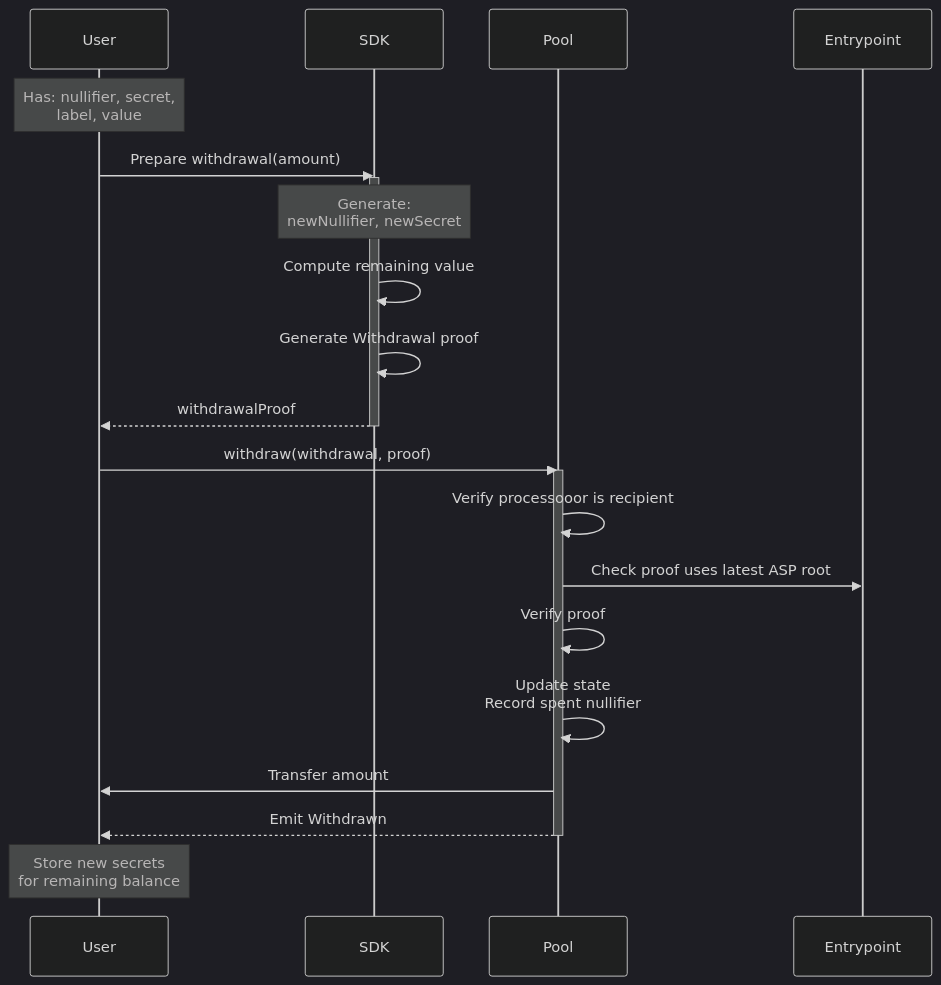
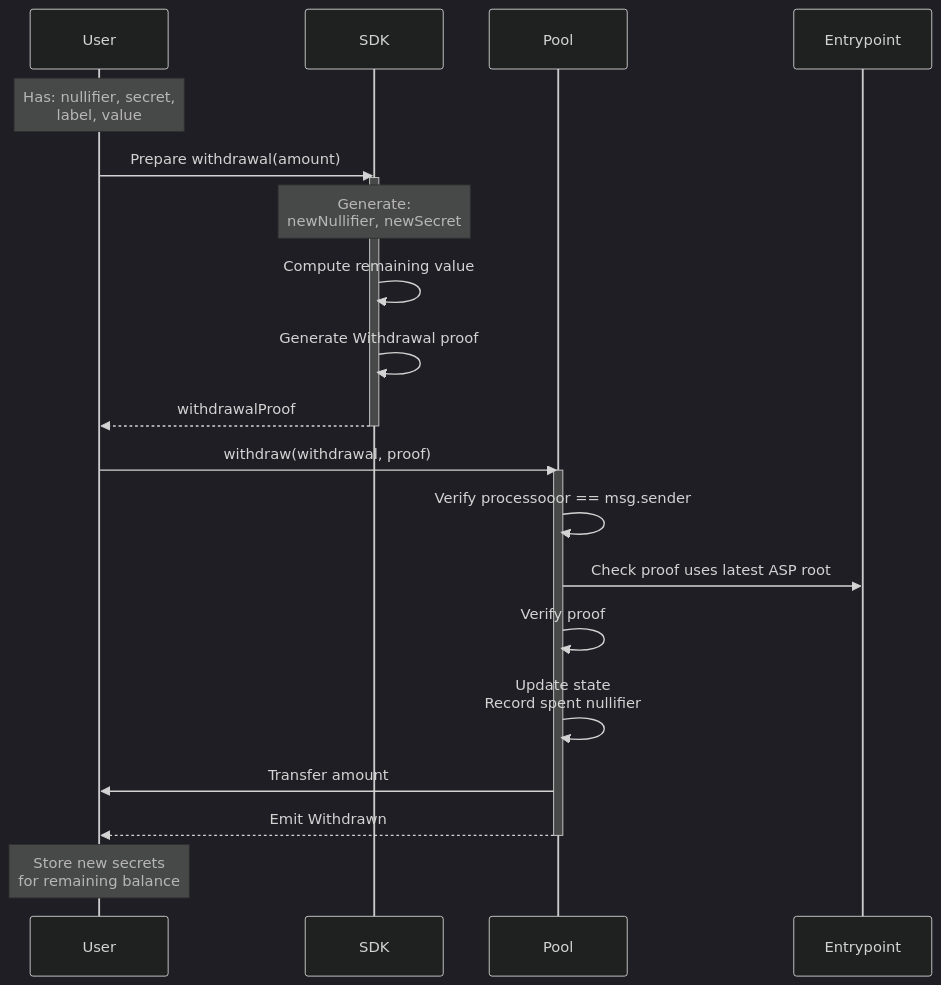
One commit to 0xbow-io/privacy-pools-core changed the first of 2 diagrams in docs/docs/protocol/withdrawal.md. Above: the diagram before and after it, drawn with Mermaid (dark theme). The commit also changed other lines of this file and 6 other files, not shown here.

````diff
--- a/docs/docs/protocol/withdrawal.md
+++ b/docs/docs/protocol/withdrawal.md
@@ -34,34 +34,34 @@
 ```mermaid
 sequenceDiagram
     participant User
     participant SDK
     participant Pool
     participant Entrypoint
 
     Note over User: Has: nullifier, secret,<br/>label, value
     User->>SDK: Prepare withdrawal(amount)
 
     activate SDK
     Note over SDK: Generate:<br/>newNullifier, newSecret
     SDK->>SDK: Compute remaining value
     SDK->>SDK: Generate Withdrawal proof
     SDK-->>User: withdrawalProof
     deactivate SDK
 
     User->>Pool: withdraw(withdrawal, proof)
 
     activate Pool
-    Pool->>Pool: Verify processooor is recipient
+    Pool->>Pool: Verify processooor == msg.sender
     Pool->>Entrypoint: Check proof uses latest ASP root
     Pool->>Pool: Verify proof
 
 
     Pool->>Pool: Update state<br/>Record spent nullifier
     Pool->>User: Transfer amount
 
     Pool-->>User: Emit Withdrawn
     deactivate Pool
 
     Note over User: Store new secrets<br/>for remaining balance
 
 ```
````
